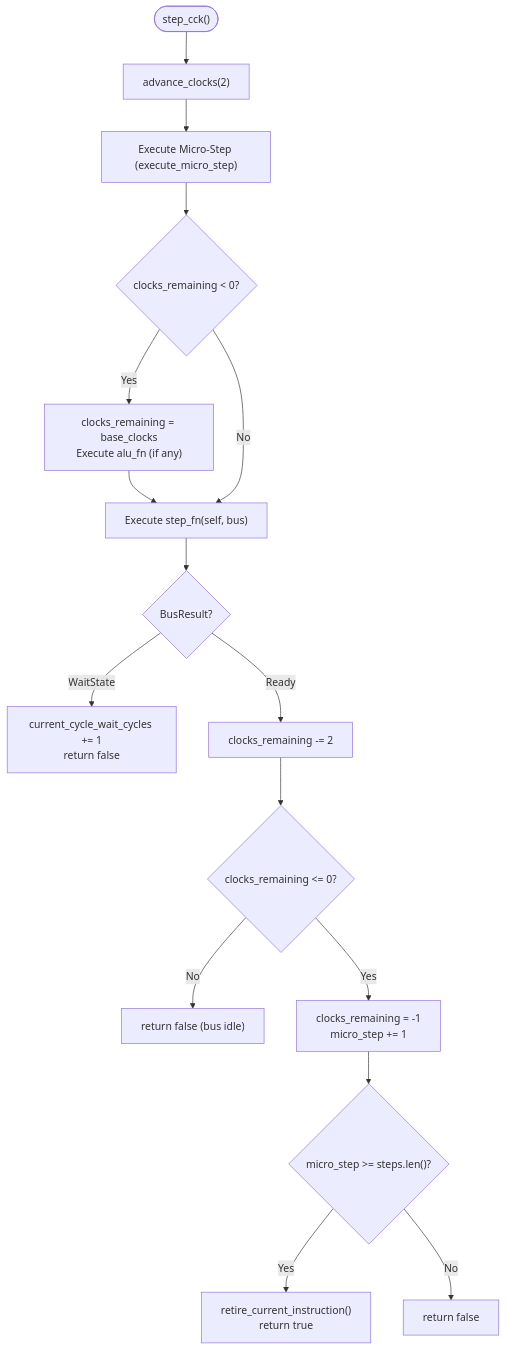
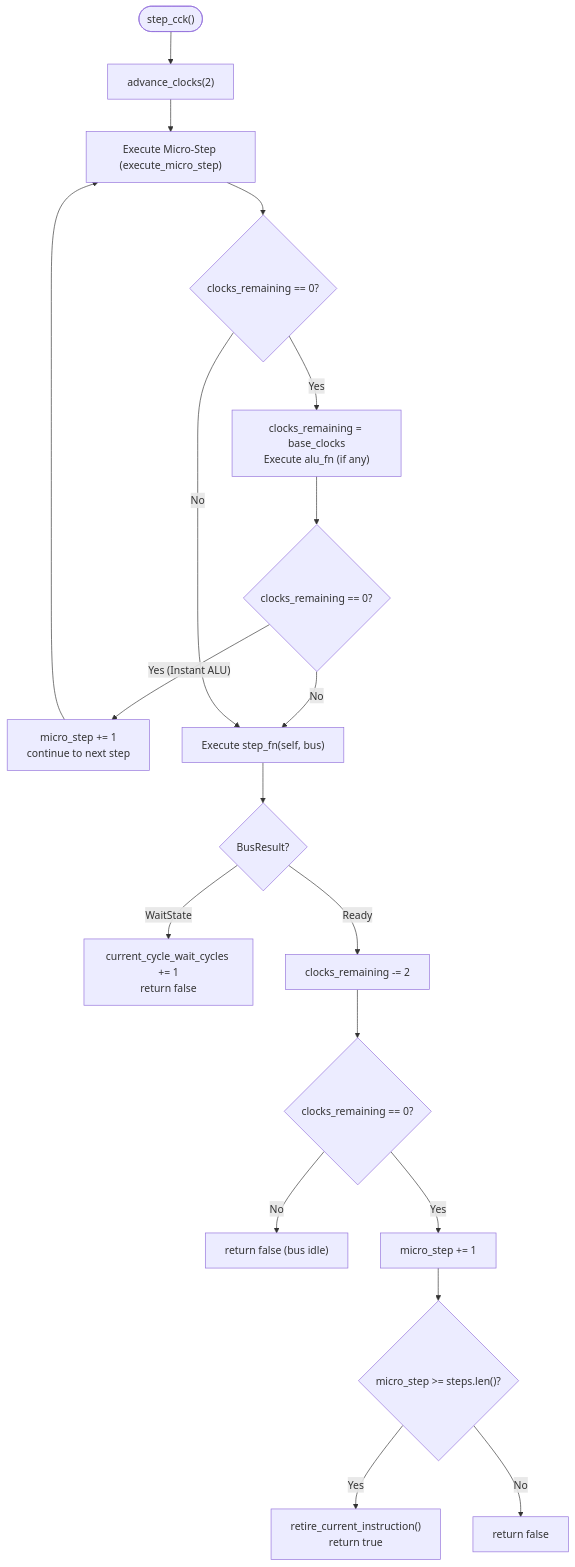
Before and after one commit to tomek-anuszkiewicz/amiga-studio: the fourth of 4 diagrams in Obsidian/Amiga/Design/CPU Micro-Step State Machine.md, drawn with Mermaid. The commit also changed other lines of this file and 5 other files, not shown here.

Commit message:
feat: implement cycle-exact M68000 micro-step state machine engine and bus contention tests

````diff
--- a/Obsidian/Amiga/Design/CPU Micro-Step State Machine.md
+++ b/Obsidian/Amiga/Design/CPU Micro-Step State Machine.md
@@ -538,21 +538,23 @@
 ```mermaid
 flowchart TD
     Start(["step_cck()"]) --> Adv["advance_clocks(2)"]
     Adv --> CheckSeq["Execute Micro-Step (execute_micro_step)"]
     
-    CheckSeq --> InitCheck{"clocks_remaining < 0?"}
-    InitCheck -- Yes --> Init["clocks_remaining = base_clocks<br/>Execute alu_fn (if any)"] --> ExecStep
-    InitCheck -- No --> ExecStep["Execute step_fn(self, bus)"]
+    CheckSeq --> InitCheck{"clocks_remaining == 0?"}
+    InitCheck -- Yes --> Init["clocks_remaining = base_clocks<br/>Execute alu_fn (if any)"] --> InstCheck{"clocks_remaining == 0?"}
+    InstCheck -- Yes (Instant ALU) --> InstExec["micro_step += 1<br/>continue to next step"] --> CheckSeq
+    InstCheck -- No --> ExecStep["Execute step_fn(self, bus)"]
+    InitCheck -- No --> ExecStep
     
     ExecStep --> BusRes{"BusResult?"}
     BusRes -- WaitState --> Stall["current_cycle_wait_cycles += 1<br/>return false"]
     BusRes -- Ready --> Dec["clocks_remaining -= 2"]
     
-    Dec --> DoneCheck{"clocks_remaining <= 0?"}
+    Dec --> DoneCheck{"clocks_remaining == 0?"}
     DoneCheck -- No --> Hold["return false (bus idle)"]
-    DoneCheck -- Yes --> Next["clocks_remaining = -1<br/>micro_step += 1"]
+    DoneCheck -- Yes --> Next["micro_step += 1"]
     
     Next --> RetCheck{"micro_step >= steps.len()?"}
     RetCheck -- Yes --> Retire["retire_current_instruction()<br/>return true"]
     RetCheck -- No --> RetFalse["return false"]
 ```
````
